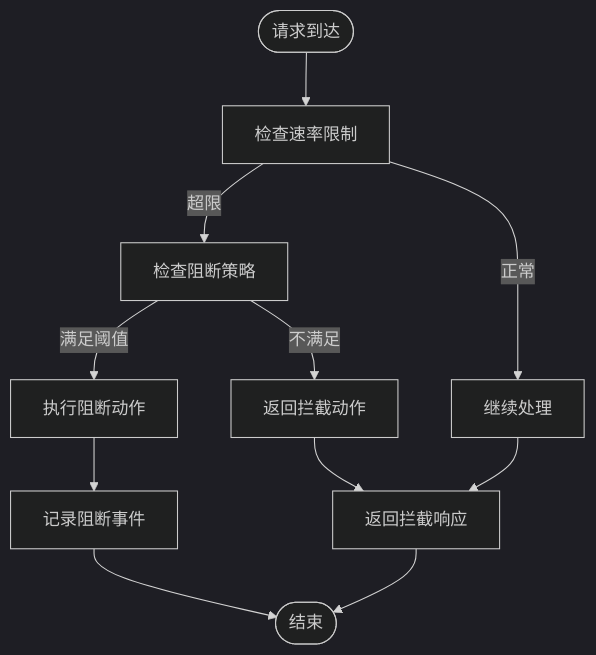
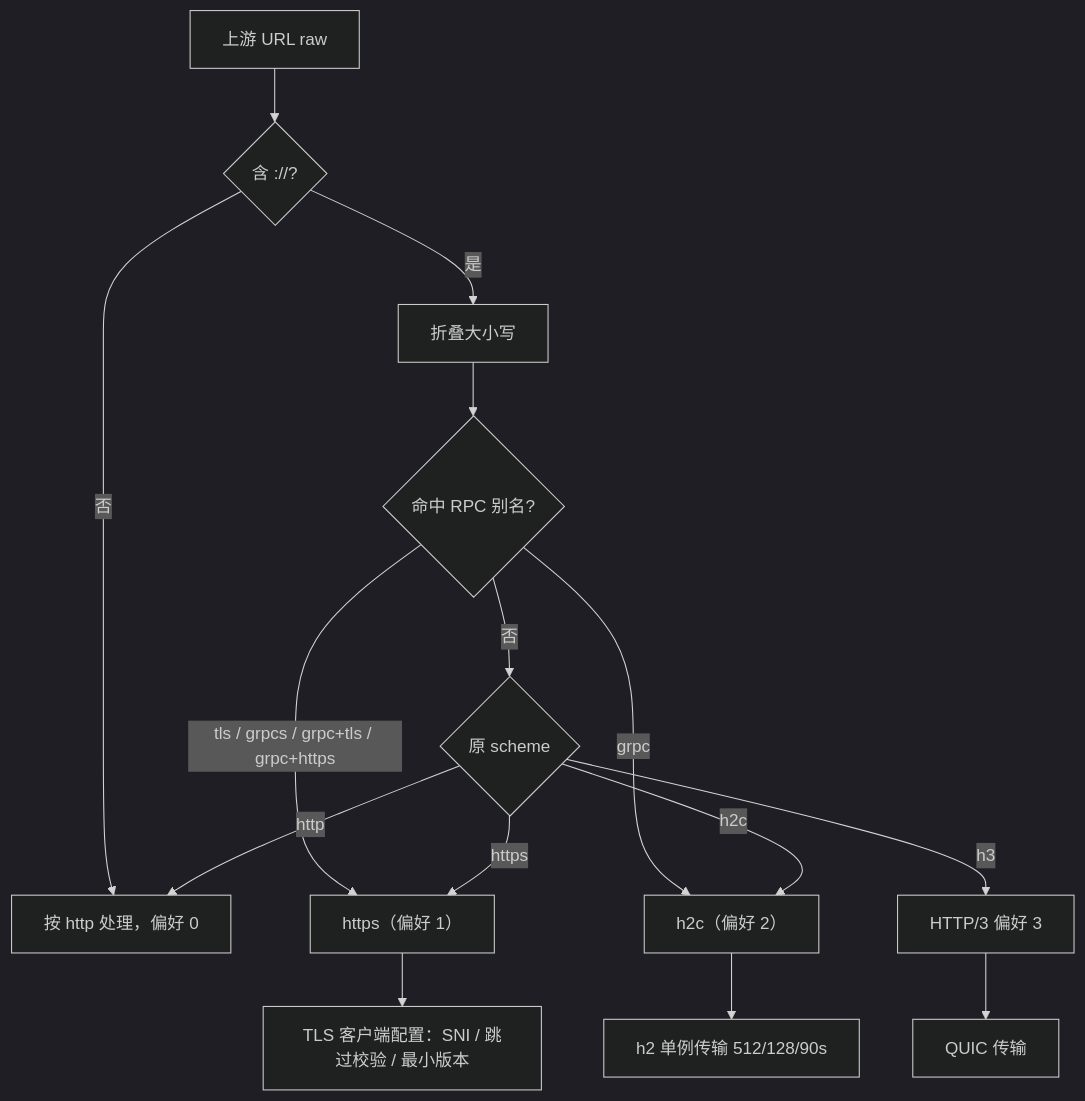
Before and after one commit to x01n/My-OpenWaf: the fourth of 9 diagrams in docs/扩展与插件系统/第三方集成/服务集成.md, drawn with Mermaid (dark theme). The commit also changed other lines of this file and 622 other files, not shown here.

````diff
--- a/docs/扩展与插件系统/第三方集成/服务集成.md
+++ b/docs/扩展与插件系统/第三方集成/服务集成.md
@@ -178,13 +266,17 @@
 ```mermaid
 flowchart TD
-Start(["请求到达"]) --> CheckRL["检查速率限制"]
-CheckRL --> |正常| Normal["继续处理"]
-CheckRL --> |超限| CheckDrop["检查阻断策略"]
-CheckDrop --> |满足阈值| Drop["执行阻断动作"]
-CheckDrop --> |不满足| Block["返回拦截动作"]
-Drop --> Record["记录阻断事件"]
-Block --> Response["返回拦截响应"]
-Normal --> Response
-Record --> End(["结束"])
-Response --> End
+A["上游 URL raw"] --> B{"含 ://?"}
+B --> |否| C["按 http 处理，偏好 0"]
+B --> |是| D["折叠大小写"]
+D --> E{"命中 RPC 别名?"}
+E --> |tls / grpcs / grpc+tls / grpc+https| F["https（偏好 1）"]
+E --> |grpc| G["h2c（偏好 2）"]
+E --> |否| H{"原 scheme"}
+H --> |h3| I["HTTP/3 偏好 3"]
+H --> |h2c| G
+H --> |https| F
+H --> |http| C
+F --> J["TLS 客户端配置：SNI / 跳过校验 / 最小版本"]
+G --> K["h2 单例传输 512/128/90s"]
+I --> L["QUIC 传输"]
 ```
````
